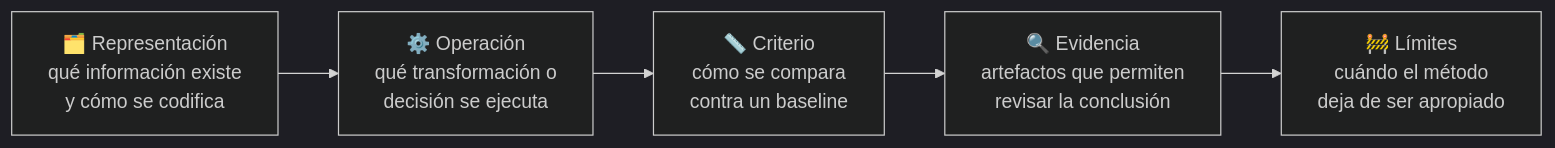
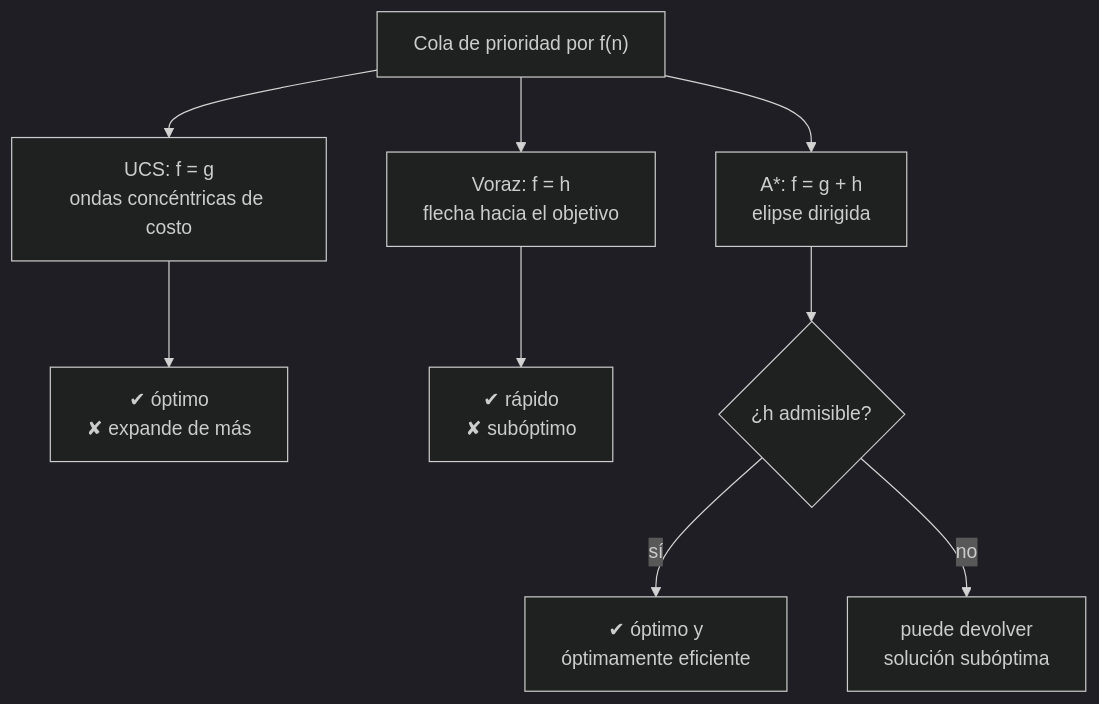
Before and after one commit to vladimiracunadev-create/artificial-intelligence-evolution-program: the diagram in classes/part-01-symbolic-ai-search-logic-and-planning/015-costo-uniforme-busqueda-voraz-y-a/theory.md, drawn with Mermaid (dark theme). The commit also changed other lines of this file and 540 other files, not shown here.

````diff
--- a/classes/part-01-symbolic-ai-search-logic-and-planning/015-costo-uniforme-busqueda-voraz-y-a/theory.md
+++ b/classes/part-01-symbolic-ai-search-logic-and-planning/015-costo-uniforme-busqueda-voraz-y-a/theory.md
@@ -20,7 +95,11 @@
 ```mermaid
-flowchart LR
-    R["🗂️ Representación<br/>qué información existe<br/>y cómo se codifica"] --> O["⚙️ Operación<br/>qué transformación o<br/>decisión se ejecuta"]
-    O --> C["📏 Criterio<br/>cómo se compara<br/>contra un baseline"]
-    C --> E["🔍 Evidencia<br/>artefactos que permiten<br/>revisar la conclusión"]
-    E --> L["🚧 Límites<br/>cuándo el método<br/>deja de ser apropiado"]
+flowchart TD
+    P["Cola de prioridad por f(n)"] --> U["UCS: f = g<br/>ondas concéntricas de costo"]
+    P --> V["Voraz: f = h<br/>flecha hacia el objetivo"]
+    P --> A["A*: f = g + h<br/>elipse dirigida"]
+    U --> UO["✔ óptimo<br/>✘ expande de más"]
+    V --> VO["✔ rápido<br/>✘ subóptimo"]
+    A --> AO{"¿h admisible?"}
+    AO -- sí --> OK["✔ óptimo y<br/>óptimamente eficiente"]
+    AO -- no --> NO["puede devolver<br/>solución subóptima"]
 ```
````
